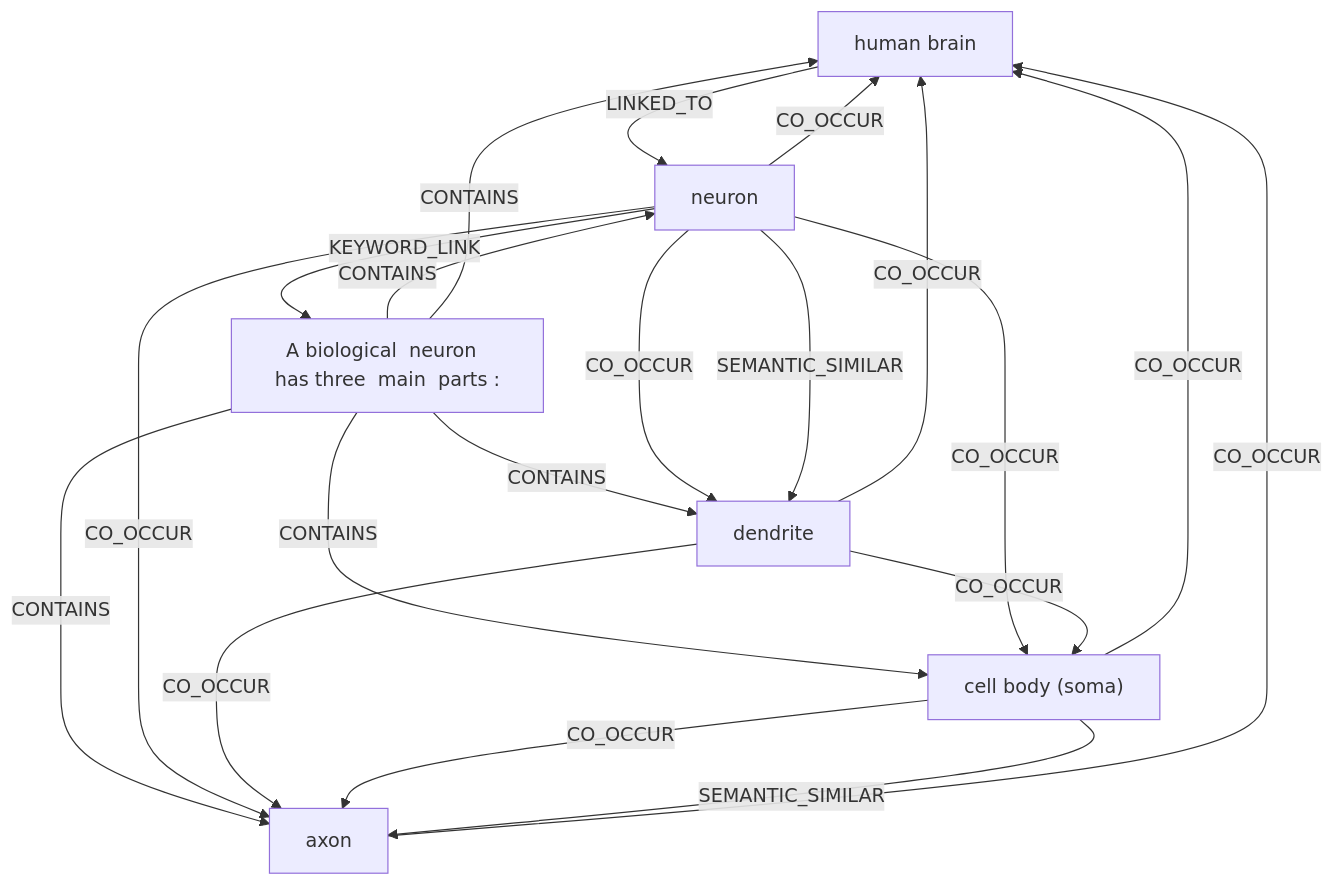
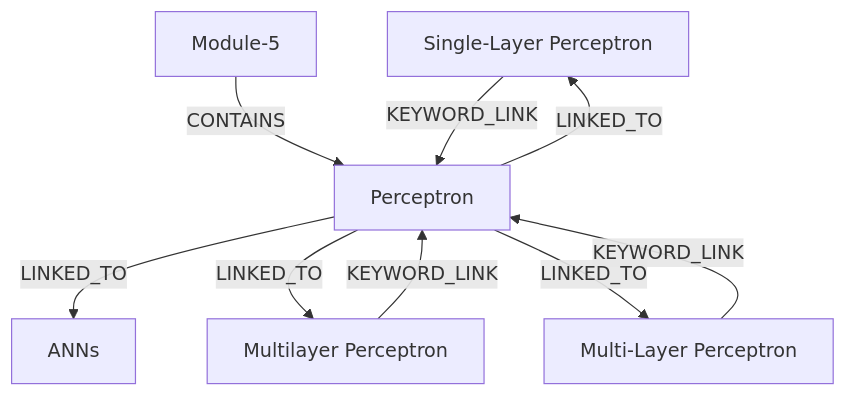
The diagram in AI_OS/Ontology/Ontology_Neuron_Structure.md (ankit-sengupta05/cyborg), drawn with Mermaid before and after one commit. The commit also changed other lines of this file and 49 other files, not shown here.

````diff
--- a/AI_OS/Ontology/Ontology_Neuron_Structure.md
+++ b/AI_OS/Ontology/Ontology_Neuron_Structure.md
@@ -26,28 +26,17 @@
 ```mermaid
 graph TD
-    n0["human brain"]
-    n1["neuron"]
-    n2["A biological  neuron  has three  main  parts :"]
-    n3["cell body (soma)"]
-    n4["axon"]
-    n5["dendrite"]
-    n1 -->|KEYWORD_LINK| n2
-    n2 -->|CONTAINS| n1
-    n2 -->|CONTAINS| n5
-    n2 -->|CONTAINS| n3
-    n2 -->|CONTAINS| n4
-    n2 -->|CONTAINS| n0
-    n1 -->|CO_OCCUR| n5
-    n1 -->|CO_OCCUR| n3
-    n1 -->|CO_OCCUR| n4
-    n1 -->|CO_OCCUR| n0
-    n5 -->|CO_OCCUR| n3
-    n5 -->|CO_OCCUR| n4
-    n5 -->|CO_OCCUR| n0
-    n3 -->|CO_OCCUR| n4
-    n3 -->|CO_OCCUR| n0
-    n4 -->|CO_OCCUR| n0
-    n1 -->|SEMANTIC_SIMILAR| n5
-    n3 -->|SEMANTIC_SIMILAR| n4
-    n0 -->|LINKED_TO| n1
+    n0["Single-Layer Perceptron"]
+    n1["Module-5"]
+    n2["Multi-Layer Perceptron"]
+    n3["Perceptron"]
+    n4["Multilayer Perceptron"]
+    n5["ANNs"]
+    n3 -->|LINKED_TO| n5
+    n1 -->|CONTAINS| n3
+    n4 -->|KEYWORD_LINK| n3
+    n3 -->|LINKED_TO| n4
+    n0 -->|KEYWORD_LINK| n3
+    n3 -->|LINKED_TO| n0
+    n2 -->|KEYWORD_LINK| n3
+    n3 -->|LINKED_TO| n2
 ```
````
